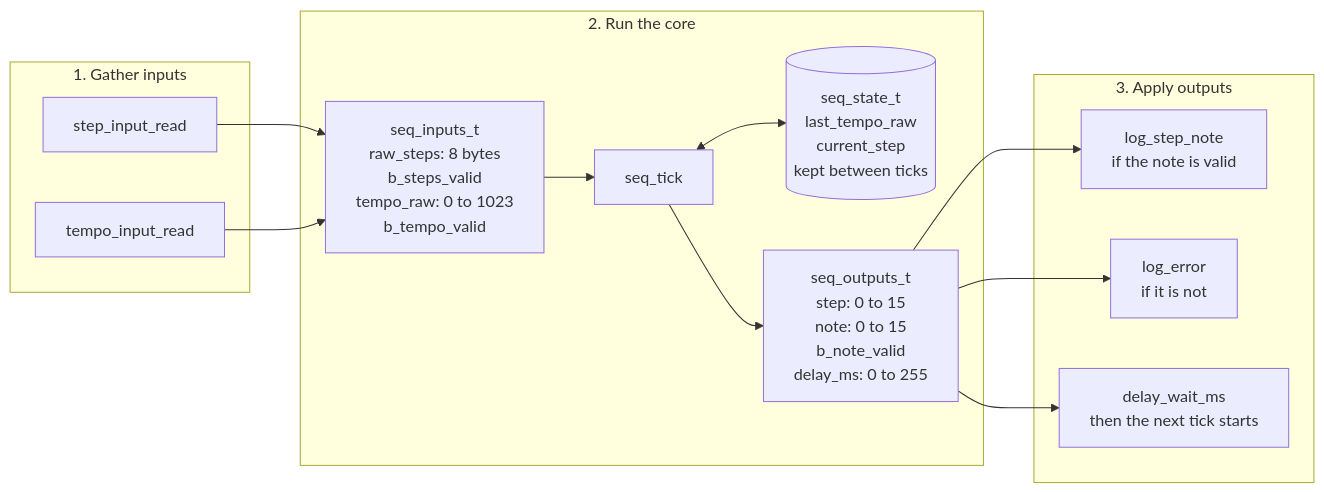
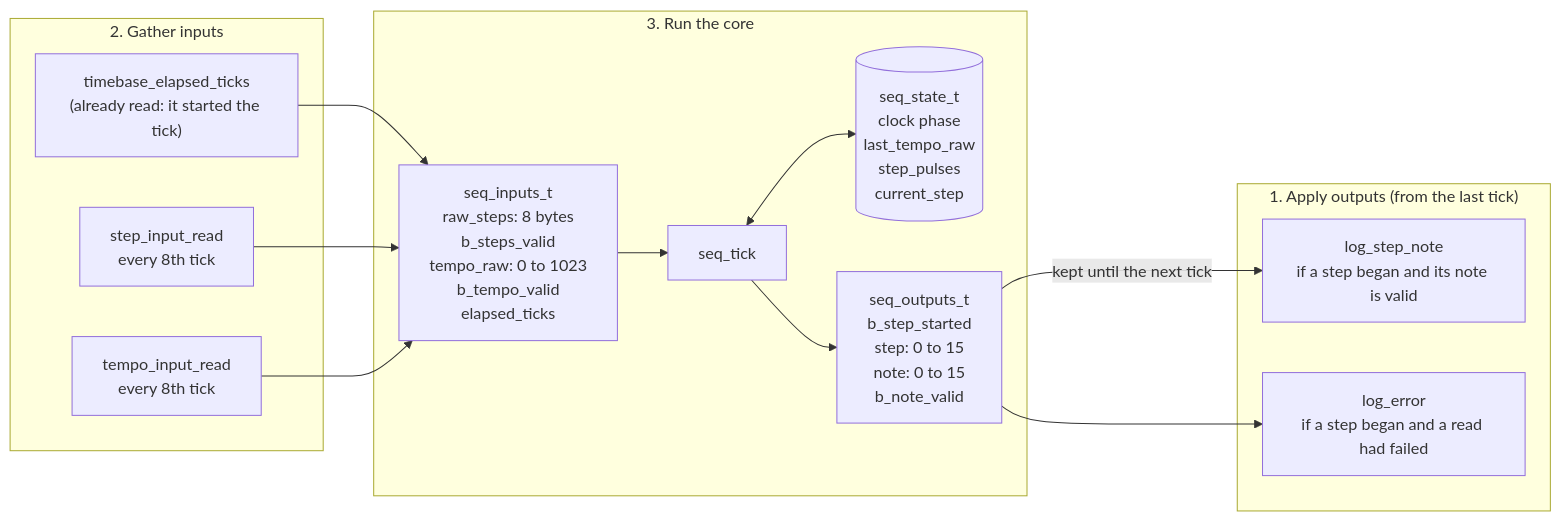
Before and after one commit to BonelessPig/nano_sequencer: the fifth of 18 diagrams in docs/ARCHITECTURE.md, drawn with Mermaid. The commit also changed other lines of this file and 9 other files, not shown here.

First line of the commit message:
Docs: describe the timebase, the non-blocking loop and the tick rule

````diff
--- a/docs/ARCHITECTURE.md
+++ b/docs/ARCHITECTURE.md
@@ -160,26 +170,26 @@
 ```mermaid
 flowchart LR
-    subgraph gather["1. Gather inputs"]
-        sr["step_input_read"]
-        tr["tempo_input_read"]
+    subgraph apply["1. Apply outputs (from the last tick)"]
+        logn["log_step_note<br/>if a step began and its note is valid"]
+        loge["log_error<br/>if a step began and a read had failed"]
     end
-    subgraph run["2. Run the core"]
-        in["seq_inputs_t<br/>raw_steps: 8 bytes<br/>b_steps_valid<br/>tempo_raw: 0 to 1023<br/>b_tempo_valid"]
+    subgraph gather["2. Gather inputs"]
+        tb["timebase_elapsed_ticks<br/>(already read: it started the tick)"]
+        sr["step_input_read<br/>every 8th tick"]
+        tr["tempo_input_read<br/>every 8th tick"]
+    end
+    subgraph run["3. Run the core"]
+        in["seq_inputs_t<br/>raw_steps: 8 bytes<br/>b_steps_valid<br/>tempo_raw: 0 to 1023<br/>b_tempo_valid<br/>elapsed_ticks"]
         tick["seq_tick"]
-        state[("seq_state_t<br/>last_tempo_raw<br/>current_step<br/>kept between ticks")]
-        out["seq_outputs_t<br/>step: 0 to 15<br/>note: 0 to 15<br/>b_note_valid<br/>delay_ms: 0 to 255"]
+        state[("seq_state_t<br/>clock phase<br/>last_tempo_raw<br/>step_pulses<br/>current_step")]
+        out["seq_outputs_t<br/>b_step_started<br/>step: 0 to 15<br/>note: 0 to 15<br/>b_note_valid"]
     end
-    subgraph apply["3. Apply outputs"]
-        logn["log_step_note<br/>if the note is valid"]
-        loge["log_error<br/>if it is not"]
-        wait["delay_wait_ms<br/>then the next tick starts"]
-    end
+    tb --> in
     sr --> in
     tr --> in
     in --> tick
     tick <--> state
     tick --> out
-    out --> logn
+    out -->|"kept until the next tick"| logn
     out --> loge
-    out --> wait
 ```
````
